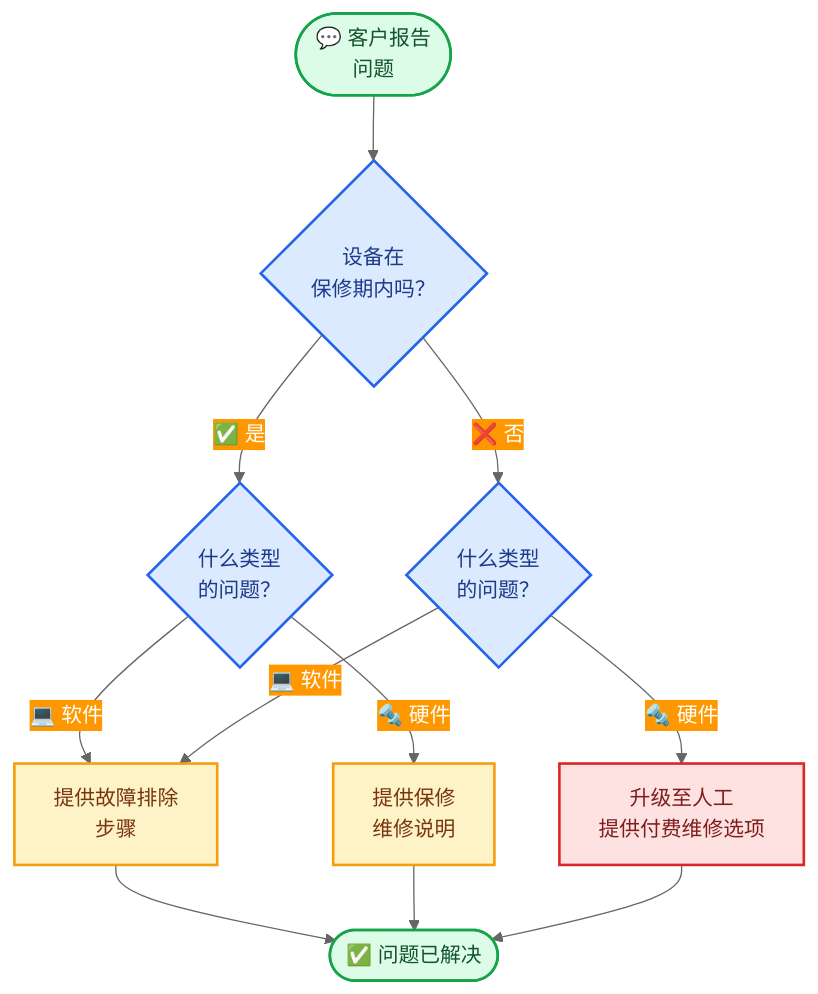
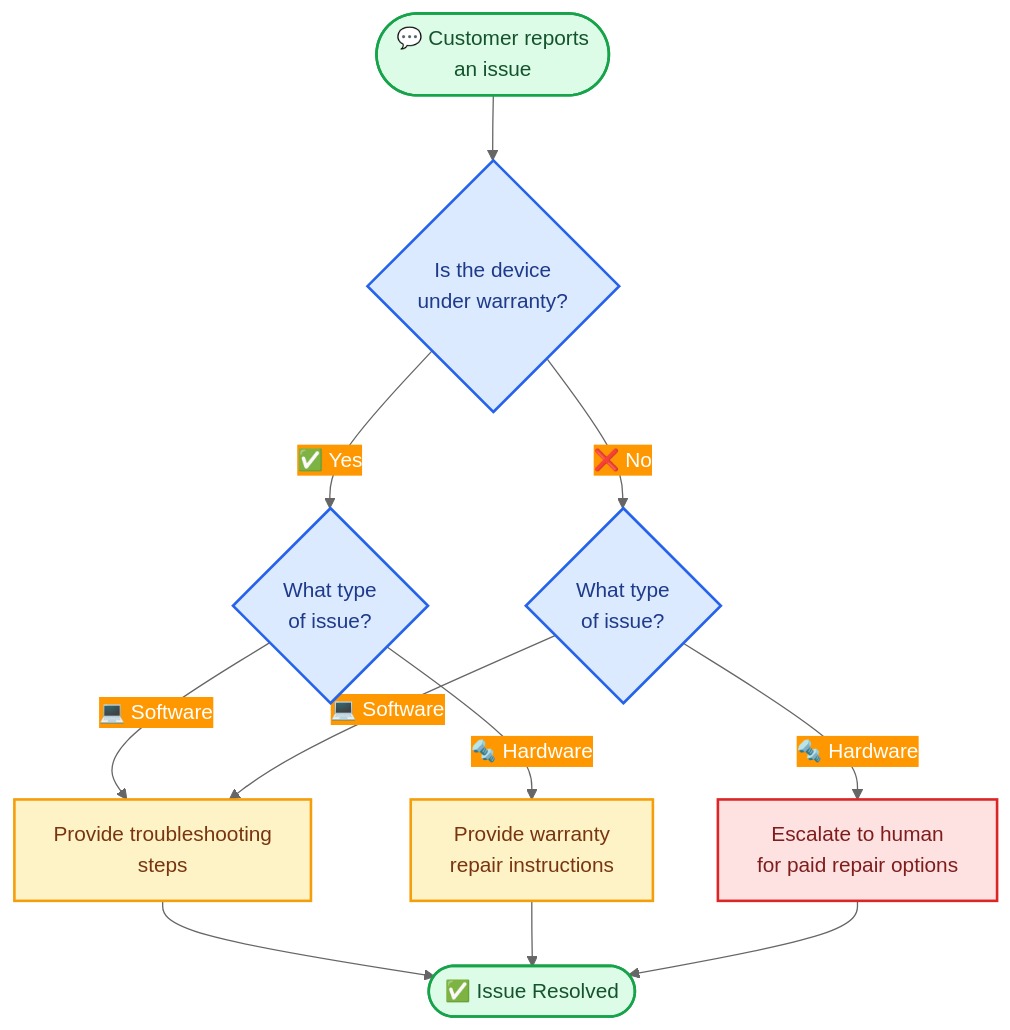
Before and after one commit to kunfan96/cndocs-langchain: the diagram in oss/python/langchain/multi-agent/handoffs-customer-support.mdx, drawn with Mermaid. The commit also changed other lines of this file and 2611 other files, not shown here.

````diff
--- a/oss/python/langchain/multi-agent/handoffs-customer-support.mdx
+++ b/oss/python/langchain/multi-agent/handoffs-customer-support.mdx
@@ -22,34 +22,34 @@
 ```mermaid
 %%{init: {'theme':'base', 'themeVariables': {'primaryColor':'#4CAF50','primaryTextColor':'#fff','primaryBorderColor':'#2E7D32','lineColor':'#666','secondaryColor':'#FF9800','tertiaryColor':'#2196F3'}}}%%
 flowchart TD
     %% Start
-    Start([💬 客户报告<br>问题]) --> Warranty{设备在<br>保修期内吗？}
+    Start([💬 Customer reports<br>an issue]) --> Warranty{Is the device<br>under warranty?}
 
     %% Warranty check
-    Warranty -->|✅ 是| IssueType{什么类型<br>的问题？}
-    Warranty -->|❌ 否| OutOfWarranty{什么类型<br>的问题？}
+    Warranty -->|✅ Yes| IssueType{What type<br>of issue?}
+    Warranty -->|❌ No| OutOfWarranty{What type<br>of issue?}
 
     %% In-Warranty branch
-    IssueType -->|🔩 硬件| Repair[提供保修<br>维修说明]
-    IssueType -->|💻 软件| Troubleshoot[提供故障排除<br>步骤]
+    IssueType -->|🔩 Hardware| Repair[Provide warranty<br>repair instructions]
+    IssueType -->|💻 Software| Troubleshoot[Provide troubleshooting<br>steps]
 
     %% Out-of-Warranty branch
-    OutOfWarranty -->|🔩 硬件| Escalate[升级至人工<br>提供付费维修选项]
-    OutOfWarranty -->|💻 软件| Troubleshoot
+    OutOfWarranty -->|🔩 Hardware| Escalate[Escalate to human<br>for paid repair options]
+    OutOfWarranty -->|💻 Software| Troubleshoot
 
     %% Troubleshooting follow-up
-    Troubleshoot --> Close([✅ 问题已解决])
+    Troubleshoot --> Close([✅ Issue Resolved])
     Repair --> Close
     Escalate --> Close
 
     %% === Styling ===
     classDef startEnd fill:#DCFCE7,stroke:#16A34A,stroke-width:2px,color:#14532D
     classDef decisionNode fill:#DBEAFE,stroke:#2563EB,stroke-width:2px,color:#1E3A8A
     classDef actionNode fill:#FEF3C7,stroke:#F59E0B,stroke-width:2px,color:#78350F
     classDef escalateNode fill:#FEE2E2,stroke:#DC2626,stroke-width:2px,color:#7F1D1D
 
     class Start,Close startEnd
     class Warranty,IssueType,OutOfWarranty decisionNode
     class Repair,Troubleshoot actionNode
     class Escalate escalateNode
 ```
````
